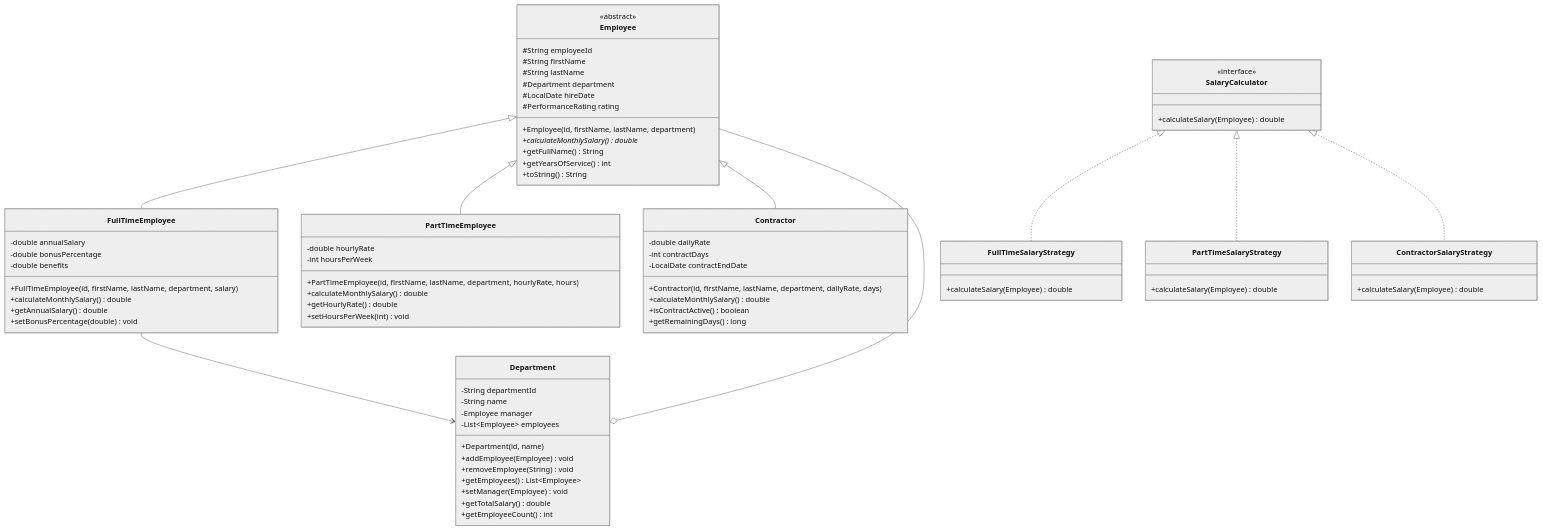
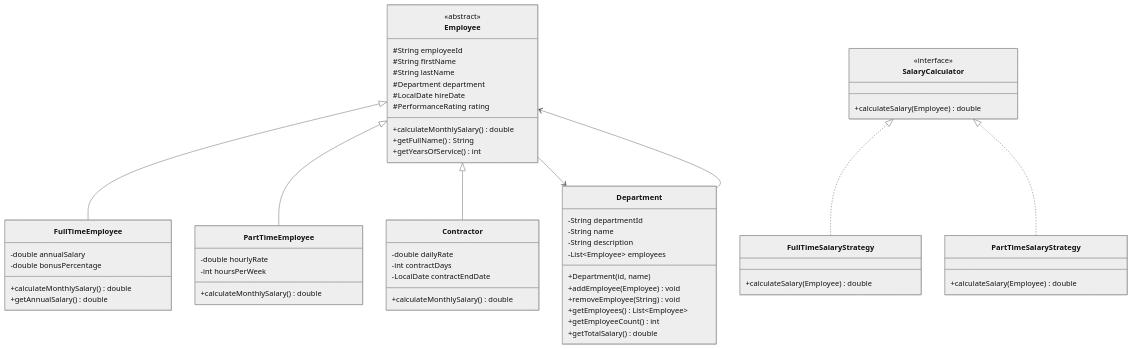
The second of 2 diagrams in 01-programming-languages/Java/02-oop/33-mini-projects/intermediate/employee-management/README.md (javaengineeringacademy/java-engineering-academy), drawn with Mermaid (neutral theme) before and after one commit. The commit also changed other lines of this file and 48 other files, not shown here.

First line of the commit message:
fix: final polish for 10/10 - split long READMEs, fix duplicates, add diagrams

````diff
--- a/01-programming-languages/Java/02-oop/33-mini-projects/intermediate/employee-management/README.md
+++ b/01-programming-languages/Java/02-oop/33-mini-projects/intermediate/employee-management/README.md
@@ -144,54 +139,42 @@
         #Department department
         #LocalDate hireDate
         #PerformanceRating rating
-        +Employee(id, firstName, lastName, department)
-        +calculateMonthlySalary()* double
+        +calculateMonthlySalary() double
         +getFullName() String
         +getYearsOfService() int
-        +toString() String
     }
     
     class FullTimeEmployee {
         -double annualSalary
         -double bonusPercentage
-        -double benefits
-        +FullTimeEmployee(id, firstName, lastName, department, salary)
         +calculateMonthlySalary() double
         +getAnnualSalary() double
-        +setBonusPercentage(double) void
     }
     
     class PartTimeEmployee {
         -double hourlyRate
         -int hoursPerWeek
-        +PartTimeEmployee(id, firstName, lastName, department, hourlyRate, hours)
         +calculateMonthlySalary() double
-        +getHourlyRate() double
-        +setHoursPerWeek(int) void
     }
     
     class Contractor {
         -double dailyRate
         -int contractDays
         -LocalDate contractEndDate
-        +Contractor(id, firstName, lastName, department, dailyRate, days)
         +calculateMonthlySalary() double
-        +isContractActive() boolean
-        +getRemainingDays() long
     }
     
     class Department {
         -String departmentId
         -String name
-        -Employee manager
+        -String description
         -List~Employee~ employees
         +Department(id, name)
         +addEmployee(Employee) void
         +removeEmployee(String) void
         +getEmployees() List~Employee~
-        +setManager(Employee) void
+        +getEmployeeCount() int
         +getTotalSalary() double
-        +getEmployeeCount() int
     }
     
     class SalaryCalculator {
@@ -207,16 +190,11 @@
         +calculateSalary(Employee) double
     }
     
-    class ContractorSalaryStrategy {
-        +calculateSalary(Employee) double
-    }
-    
     Employee <|-- FullTimeEmployee
     Employee <|-- PartTimeEmployee
     Employee <|-- Contractor
+    Employee --> Department
+    Department --> Employee
     SalaryCalculator <|.. FullTimeSalaryStrategy
     SalaryCalculator <|.. PartTimeSalaryStrategy
-    SalaryCalculator <|.. ContractorSalaryStrategy
-    Department o-- Employee
-    FullTimeEmployee --> Department
 ```
````
